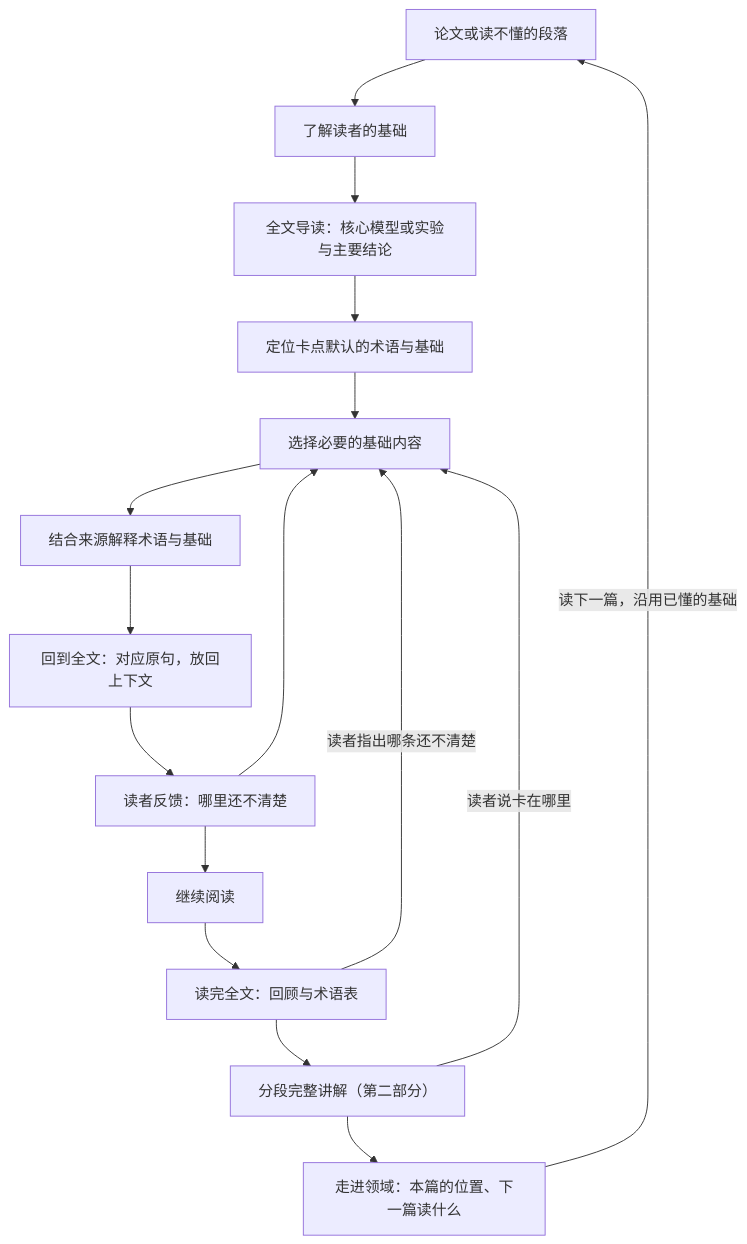
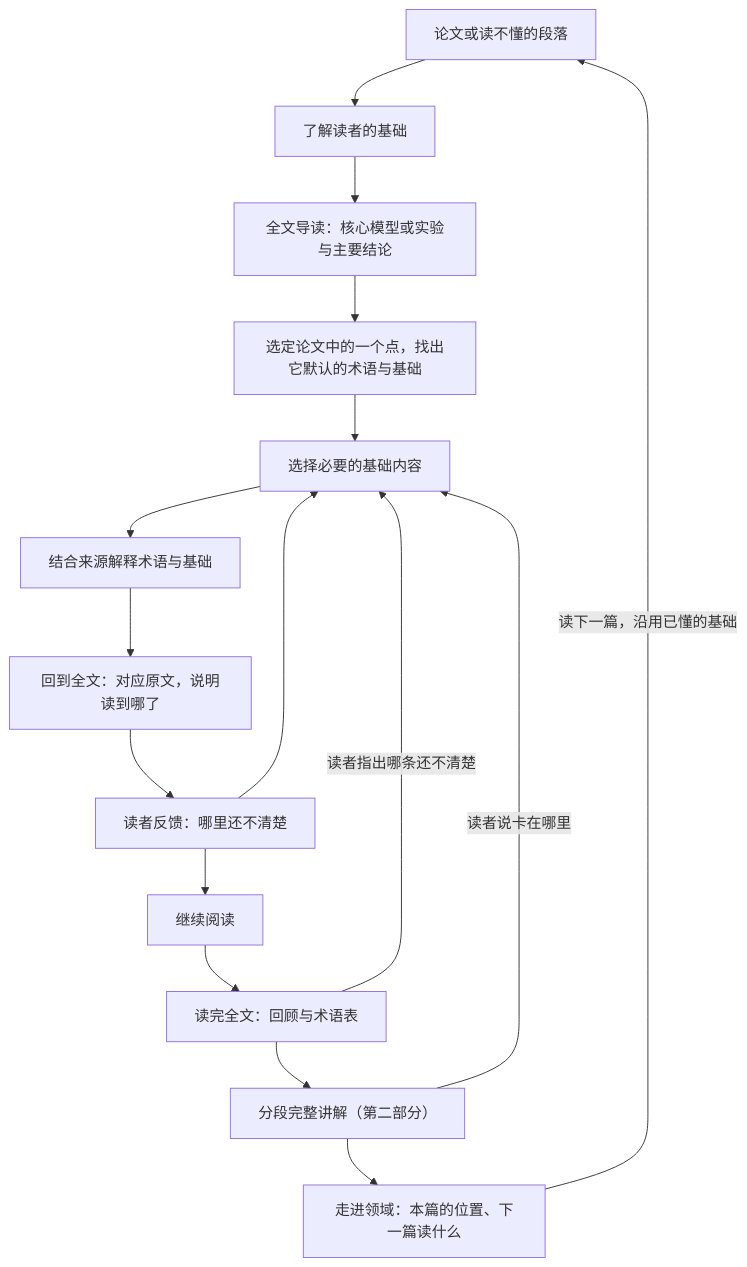
One commit to relativity143/an-agent-for-paper-reading changed the diagram in README.zh-CN.md. Above: the diagram before and after it, drawn with Mermaid. The commit also changed other lines of this file and 2 other files, not shown here.

````diff
--- a/README.zh-CN.md
+++ b/README.zh-CN.md
@@ -80,18 +80,18 @@
 ```mermaid
 flowchart TD
     A[论文或读不懂的段落] --> C[了解读者的基础]
     C --> O[全文导读：核心模型或实验与主要结论]
-    O --> B[定位卡点默认的术语与基础]
+    O --> B[选定论文中的一个点，找出它默认的术语与基础]
     B --> D[选择必要的基础内容]
     D --> E[结合来源解释术语与基础]
-    E --> F[回到全文：对应原句，放回上下文]
+    E --> F[回到全文：对应原文，说明读到哪了]
     F --> G[读者反馈：哪里还不清楚]
     G --> D
     G --> H[继续阅读]
     H --> R[读完全文：回顾与术语表]
     R -->|读者指出哪条还不清楚| D
     R --> P[分段完整讲解（第二部分）]
     P -->|读者说卡在哪里| D
     P --> Q[走进领域：本篇的位置、下一篇读什么]
     Q -->|读下一篇，沿用已懂的基础| A
 ```
````
